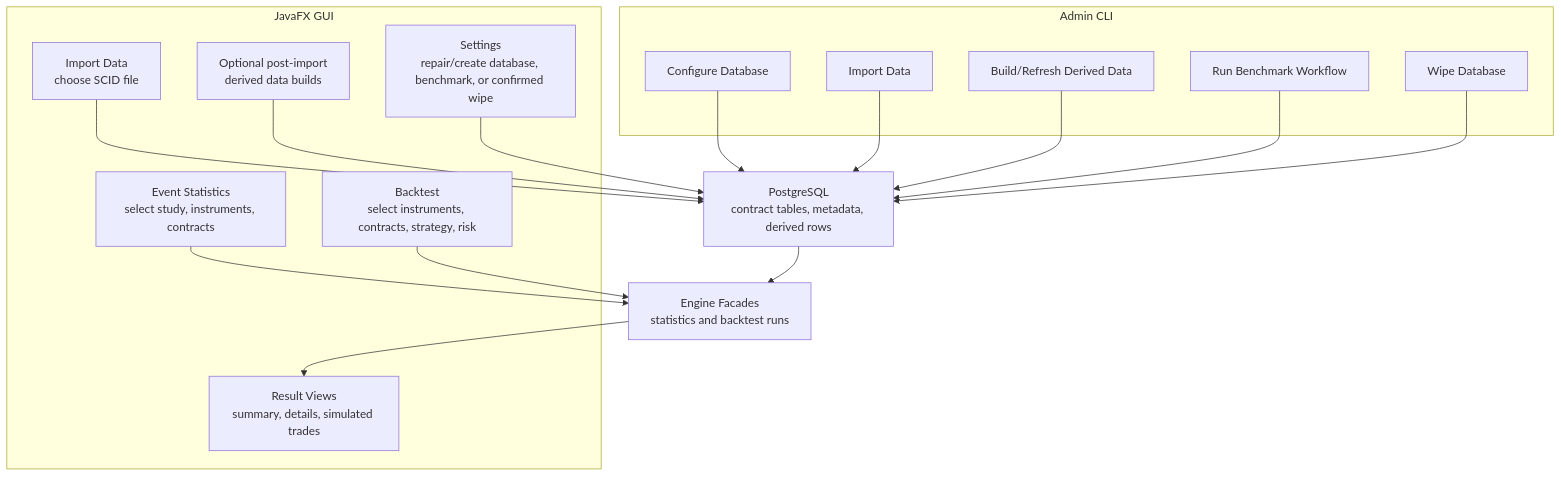
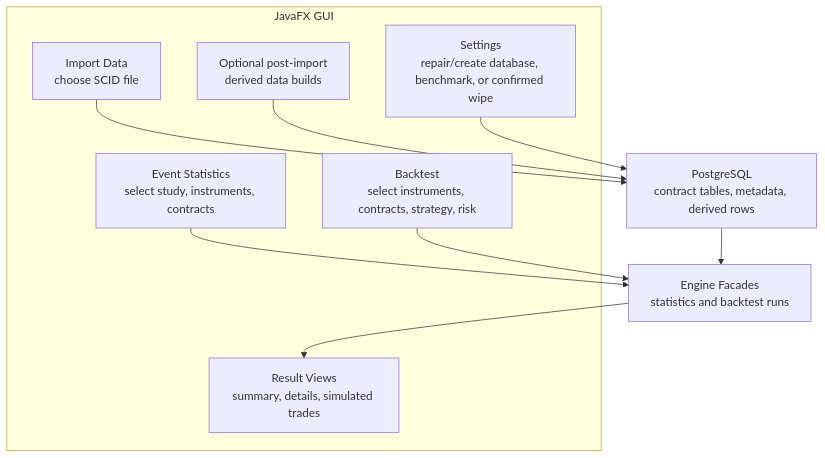
The first of 4 diagrams in docs/diagrams/workflow-sequences.md (probst-paul/FORGE), drawn with Mermaid before and after one commit. The commit also changed other lines of this file and 39 other files, not shown here.

````diff
--- a/docs/diagrams/workflow-sequences.md
+++ b/docs/diagrams/workflow-sequences.md
@@ -5,36 +5,22 @@
 ```mermaid
 flowchart TB
     subgraph GUI["JavaFX GUI"]
         G1["Import Data<br/>choose SCID file"]
         G2["Optional post-import<br/>derived data builds"]
         G3["Event Statistics<br/>select study, instruments, contracts"]
         G4["Backtest<br/>select instruments, contracts, strategy, risk"]
         G5["Result Views<br/>summary, details, simulated trades"]
         G6["Settings<br/>repair/create database, benchmark, or confirmed wipe"]
     end
 
-    subgraph CLI["Admin CLI"]
-        C1["Configure Database"]
-        C2["Import Data"]
-        C3["Build/Refresh Derived Data"]
-        C4["Run Benchmark Workflow"]
-        C5["Wipe Database"]
-    end
-
     DATA["PostgreSQL<br/>contract tables, metadata, derived rows"]
     ENGINE["Engine Facades<br/>statistics and backtest runs"]
-
-    C1 --> DATA
-    C2 --> DATA
-    C3 --> DATA
-    C4 --> DATA
-    C5 --> DATA
 
     G1 --> DATA
     G2 --> DATA
     G3 --> ENGINE
     G4 --> ENGINE
     G6 --> DATA
     DATA --> ENGINE
     ENGINE --> G5
 ```
````
